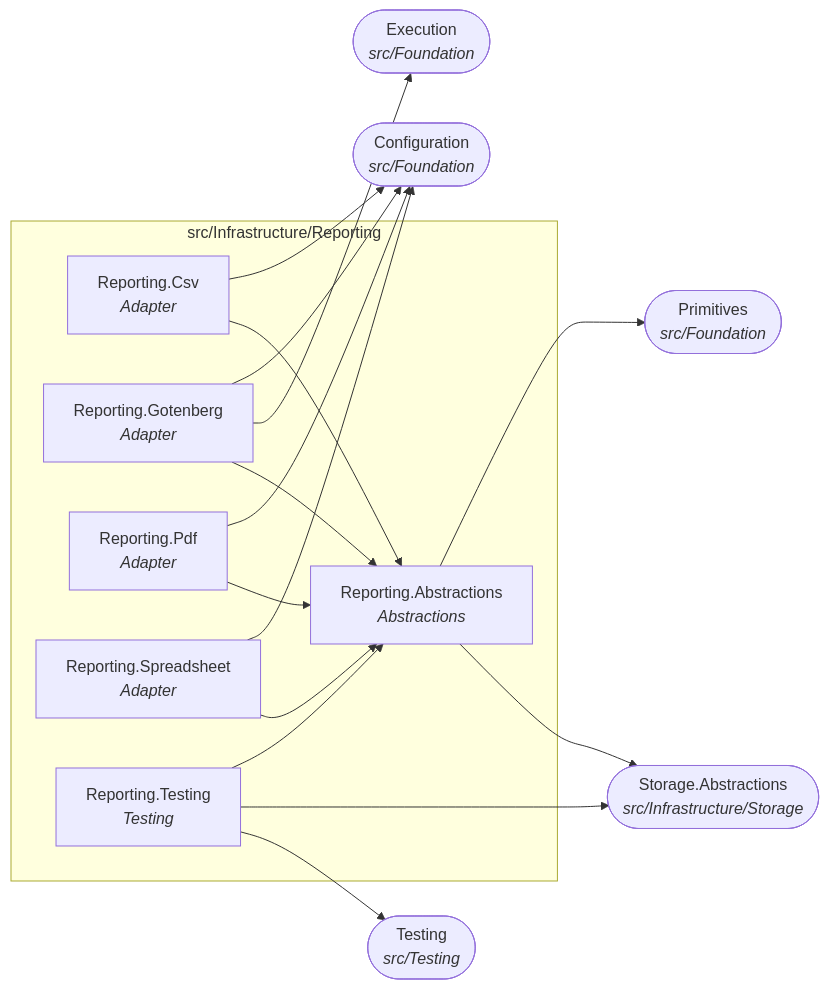
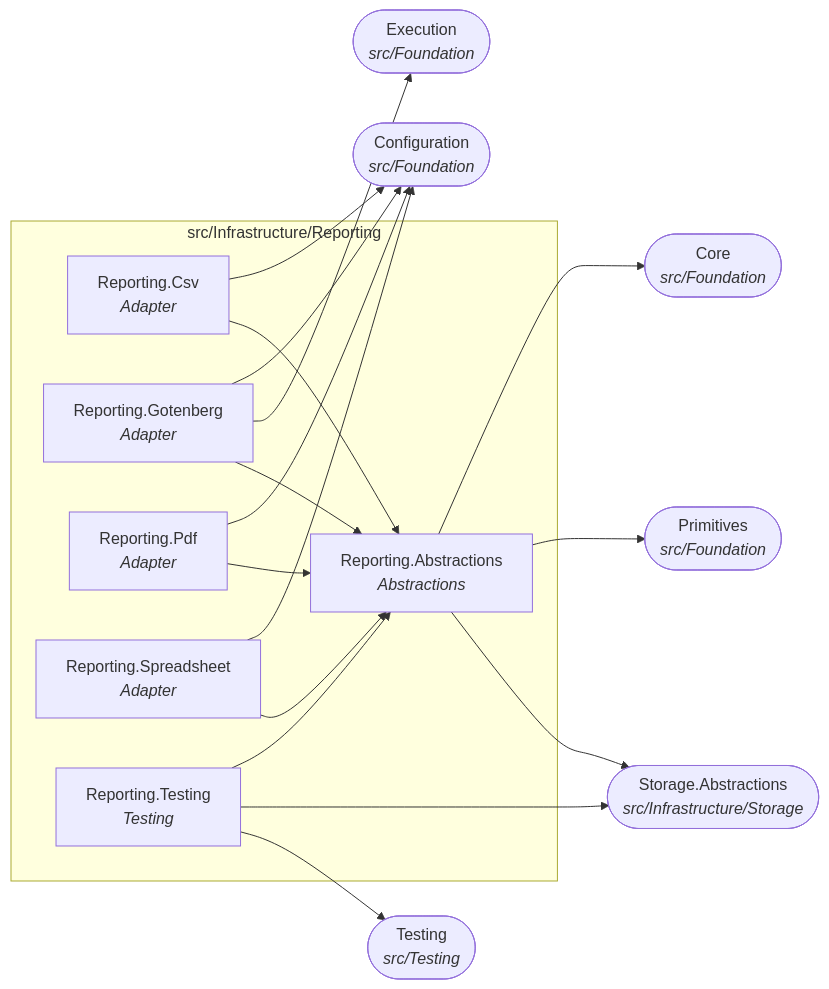
Before and after one commit to Gresta-Vertex-Labs/platform-shared-kernel: diagram 14 of 22 in docs/dependency-graph.md, drawn with Mermaid. The commit also changed other lines of this file and 1494 other files, not shown here.

````diff
--- a/docs/dependency-graph.md
+++ b/docs/dependency-graph.md
@@ -529,30 +545,32 @@
 ```mermaid
 flowchart LR
   subgraph folder_src_Infrastructure_Reporting["src/Infrastructure/Reporting"]
     SharedKernel_Reporting_Abstractions["Reporting.Abstractions<br/><i>Abstractions</i>"]
     SharedKernel_Reporting_Csv["Reporting.Csv<br/><i>Adapter</i>"]
     SharedKernel_Reporting_Gotenberg["Reporting.Gotenberg<br/><i>Adapter</i>"]
     SharedKernel_Reporting_Pdf["Reporting.Pdf<br/><i>Adapter</i>"]
     SharedKernel_Reporting_Spreadsheet["Reporting.Spreadsheet<br/><i>Adapter</i>"]
     SharedKernel_Reporting_Testing["Reporting.Testing<br/><i>Testing</i>"]
   end
   SharedKernel_Configuration(["Configuration<br/><i>src/Foundation</i>"])
+  SharedKernel_Core(["Core<br/><i>src/Foundation</i>"])
   SharedKernel_Execution(["Execution<br/><i>src/Foundation</i>"])
   SharedKernel_Primitives(["Primitives<br/><i>src/Foundation</i>"])
   SharedKernel_Storage_Abstractions(["Storage.Abstractions<br/><i>src/Infrastructure/Storage</i>"])
   SharedKernel_Testing(["Testing<br/><i>src/Testing</i>"])
+  SharedKernel_Reporting_Abstractions --> SharedKernel_Core
   SharedKernel_Reporting_Abstractions --> SharedKernel_Primitives
   SharedKernel_Reporting_Abstractions --> SharedKernel_Storage_Abstractions
   SharedKernel_Reporting_Csv --> SharedKernel_Configuration
   SharedKernel_Reporting_Csv --> SharedKernel_Reporting_Abstractions
   SharedKernel_Reporting_Gotenberg --> SharedKernel_Configuration
   SharedKernel_Reporting_Gotenberg --> SharedKernel_Execution
   SharedKernel_Reporting_Gotenberg --> SharedKernel_Reporting_Abstractions
   SharedKernel_Reporting_Pdf --> SharedKernel_Configuration
   SharedKernel_Reporting_Pdf --> SharedKernel_Reporting_Abstractions
   SharedKernel_Reporting_Spreadsheet --> SharedKernel_Configuration
   SharedKernel_Reporting_Spreadsheet --> SharedKernel_Reporting_Abstractions
   SharedKernel_Reporting_Testing --> SharedKernel_Reporting_Abstractions
   SharedKernel_Reporting_Testing --> SharedKernel_Storage_Abstractions
   SharedKernel_Reporting_Testing --> SharedKernel_Testing
 ```
````
